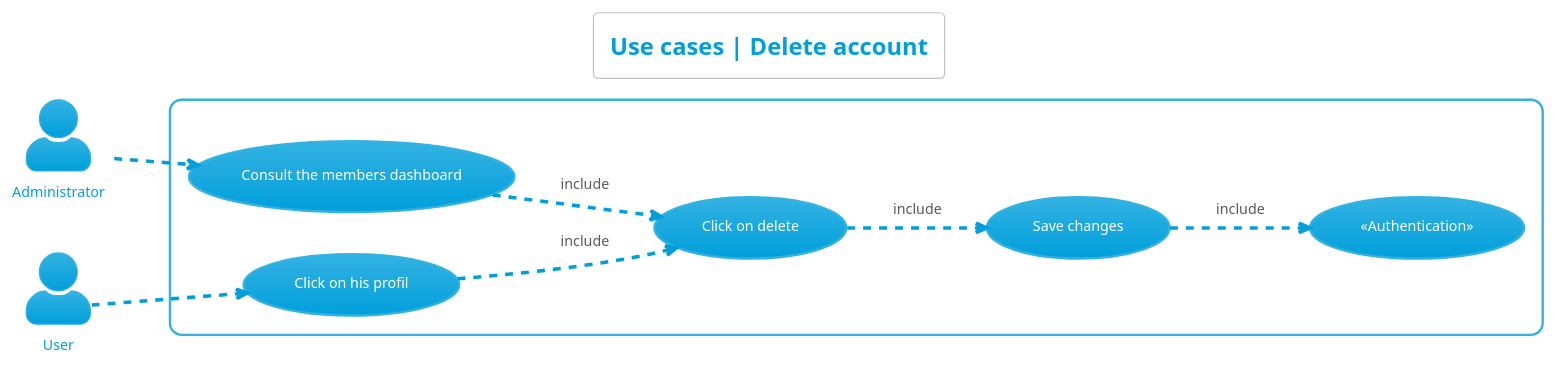
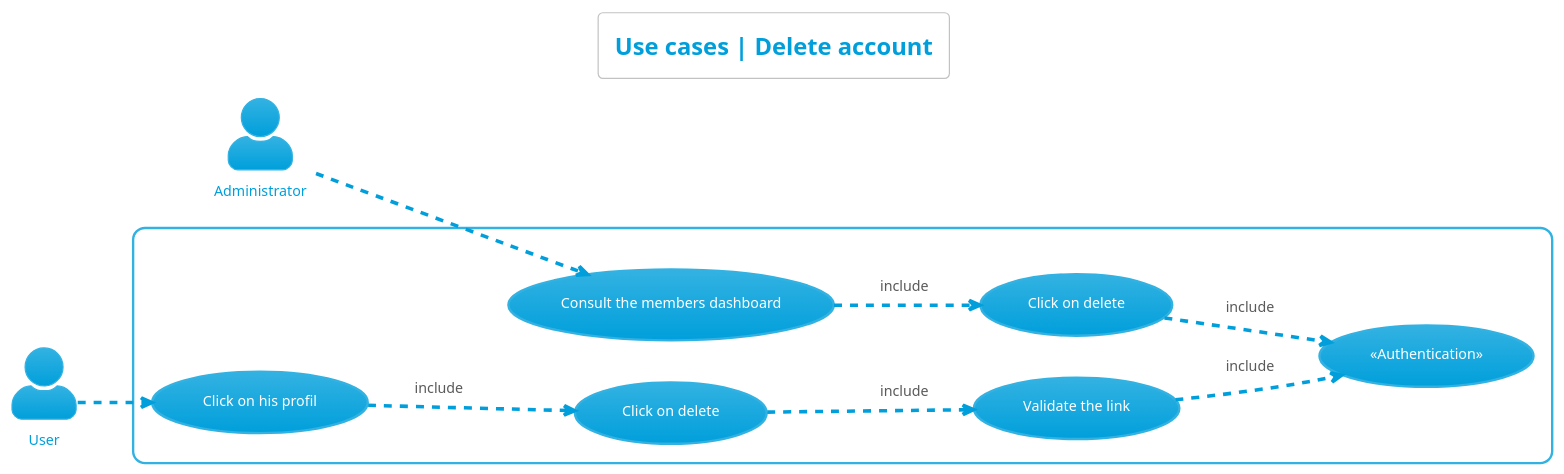
The diagram in 1_project_design/uml_diagrams/use_cases/members/delete_account/delete_account.plantuml (sebastien-d-me/SebBlog), drawn with PlantUML before and after one commit. The commit also changed 9 other files, not shown here.

First line of the commit message:
🐛 Fix UML

```diff
--- a/1_project_design/uml_diagrams/use_cases/members/delete_account/delete_account.plantuml
+++ b/1_project_design/uml_diagrams/use_cases/members/delete_account/delete_account.plantuml
@@ -1,38 +1,37 @@
 @startuml use_cases__delete_account
 left to right direction
 skinparam actorStyle Awesome
 !theme bluegray
 skinparam backgroundcolor White
 
 'Titre'
 title Use cases | Delete account
 
 'Acteur'
 actor "Administrator" as Administrateur
 actor "User" as User
 
 'Rectangle'
 rectangle {
     'Authentification'
     "«Authentication»" as (Authentification)
 
-    'General'
-    "Click on delete" as (ClickSuppr)
-    "Save changes" as (EnregistrerModifications)
-
     'Administrateur'
     "Consult the members dashboard" as (ConsulterTDBMembres)
+    "Click on delete" as (ClickSuppr)
     
     'User'
     "Click on his profil" as (GoProfil)
+    "Click on delete" as (ClickSupprUser)
+    "Validate the link" as (ValidateLink)
 
     'Déroulement'
     :Administrateur: -.> (ConsulterTDBMembres)
     :User: -.> (GoProfil)
     (ConsulterTDBMembres) -.> (ClickSuppr) : include
-    (GoProfil) -.> (ClickSuppr) : include
-    (ClickSuppr) -.> (EnregistrerModifications) : include
-    (EnregistrerModifications) -.> (Authentification) : include
-
+    (GoProfil) -.> (ClickSupprUser) : include
+    (ClickSuppr) -.> (Authentification) : include
+    (ClickSupprUser) -.> (ValidateLink) : include
+    (ValidateLink) -.> (Authentification) : include
 }
 @enduml
```
